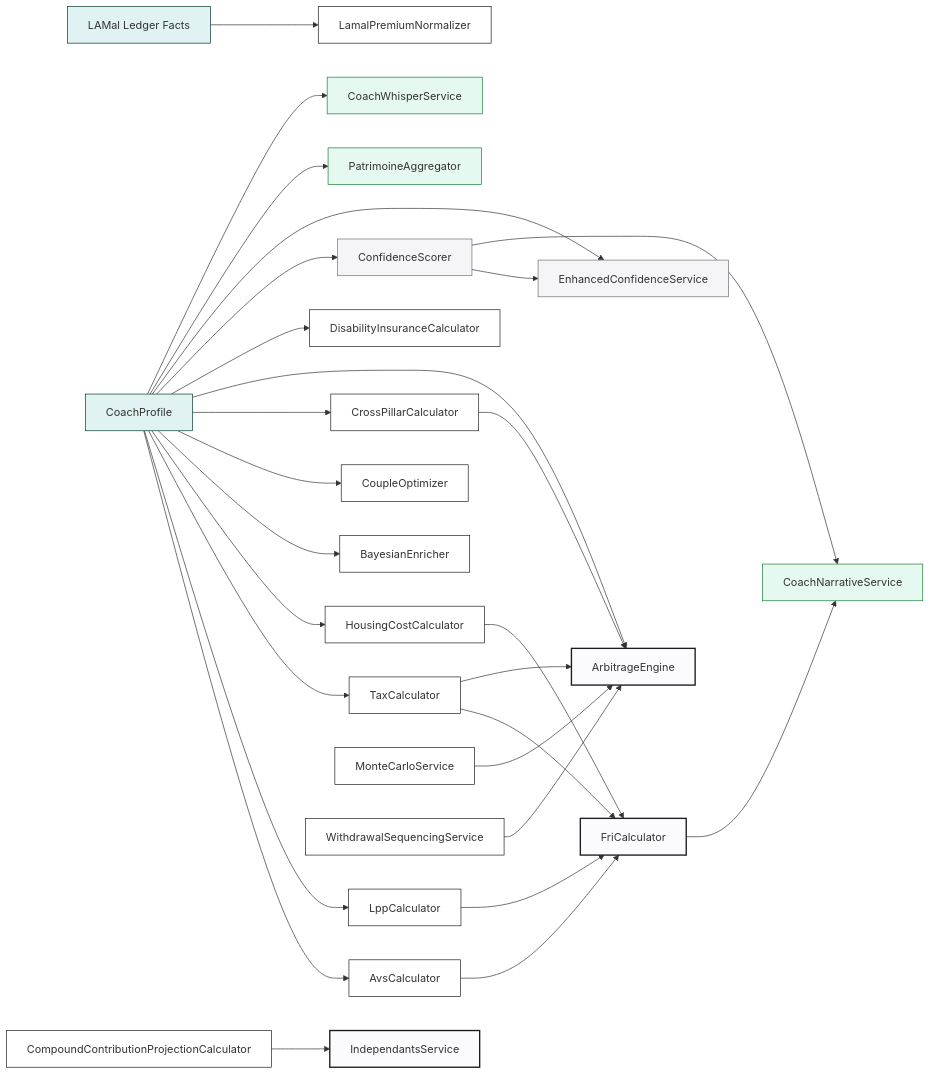
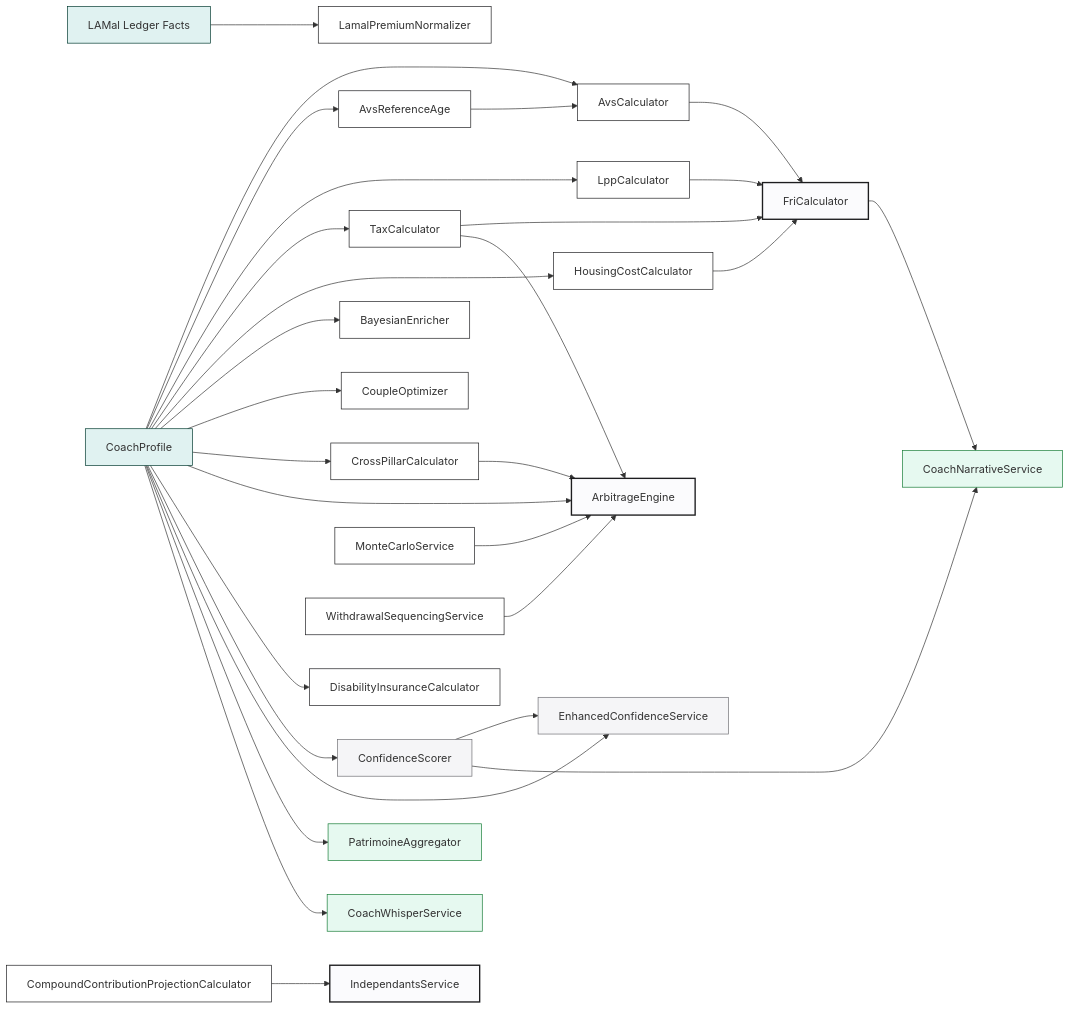
One commit to MINT-IA/MINT changed the diagram in docs/calculator-graph.md. Above: the diagram before and after it, drawn with Mermaid. The commit also changed other lines of this file and 7 other files, not shown here.

````diff
--- a/docs/calculator-graph.md
+++ b/docs/calculator-graph.md
@@ -26,43 +26,45 @@
 ```mermaid
 flowchart LR
     PROFILE[CoachProfile]:::profile
 
     PROFILE --> AVS[AvsCalculator]:::calc
+    PROFILE --> AVS_REF[AvsReferenceAge]:::calc
+    AVS_REF --> AVS
     PROFILE --> LPP[LppCalculator]:::calc
     PROFILE --> TAX[TaxCalculator]:::calc
     PROFILE --> HOUSING[HousingCostCalculator]:::calc
     PROFILE --> BAYESIAN[BayesianEnricher]:::calc
 
     AVS --> FRI[FriCalculator]:::composer
     LPP --> FRI
     TAX --> FRI
     HOUSING --> FRI
 
     PROFILE --> COUPLE[CoupleOptimizer]:::calc
     PROFILE --> CROSS[CrossPillarCalculator]:::calc
     PROFILE --> ARB[ArbitrageEngine]:::composer
     CROSS --> ARB
     TAX --> ARB
     PROFILE --> DISABILITY[DisabilityInsuranceCalculator]:::calc
     LAMAL_FACTS[LAMal Ledger Facts]:::profile --> LAMAL[LamalPremiumNormalizer]:::calc
 
     PROFILE --> CONF[ConfidenceScorer]:::score
     PROFILE --> CONF_ENH[EnhancedConfidenceService]:::score
     CONF --> CONF_ENH
 
     PROFILE --> PAT[PatrimoineAggregator]:::ui
     PROFILE --> WHISPER[CoachWhisperService]:::ui
 
     FRI --> NAR[CoachNarrativeService]:::ui
     CONF --> NAR
 
     MC[MonteCarloService]:::calc --> ARB
     WITHDRAW[WithdrawalSequencingService]:::calc --> ARB
     COMPOUND[CompoundContributionProjectionCalculator]:::calc --> INDEP[IndependantsService]:::composer
 
     classDef profile fill:#E0F2F1,stroke:#00382E
     classDef calc fill:#FFF,stroke:#1D1D1F
     classDef composer fill:#FBFBFD,stroke:#1D1D1F,stroke-width:2px
     classDef score fill:#F5F5F7,stroke:#6E6E73
     classDef ui fill:#E6F9F0,stroke:#157B35
 ```
````
